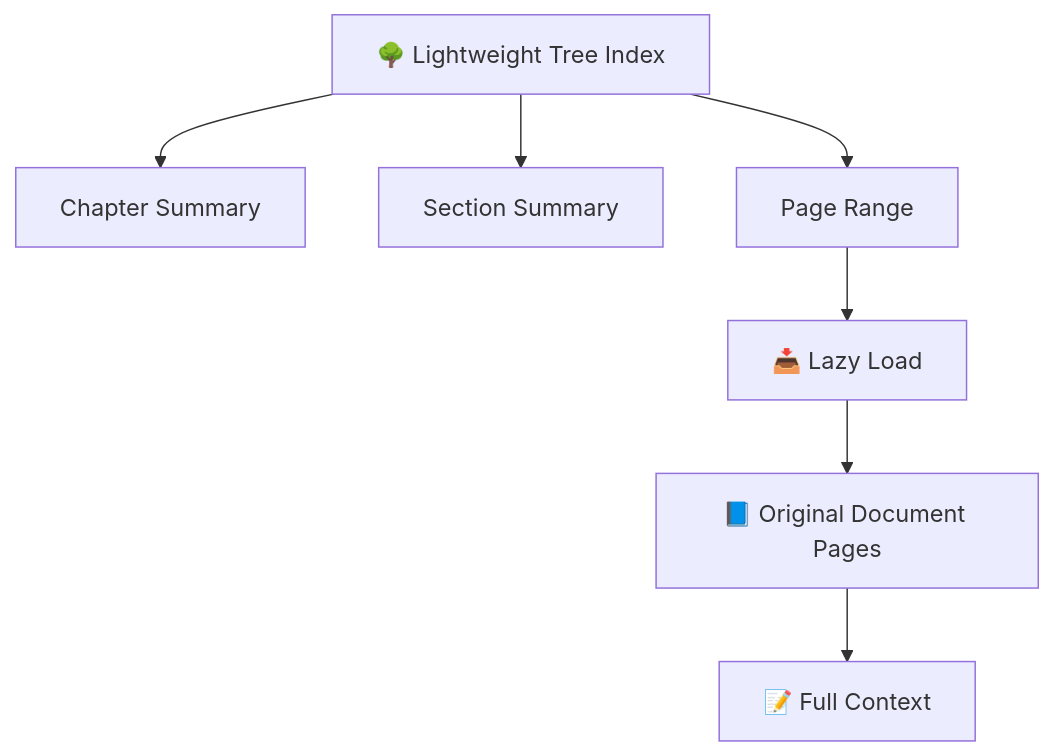
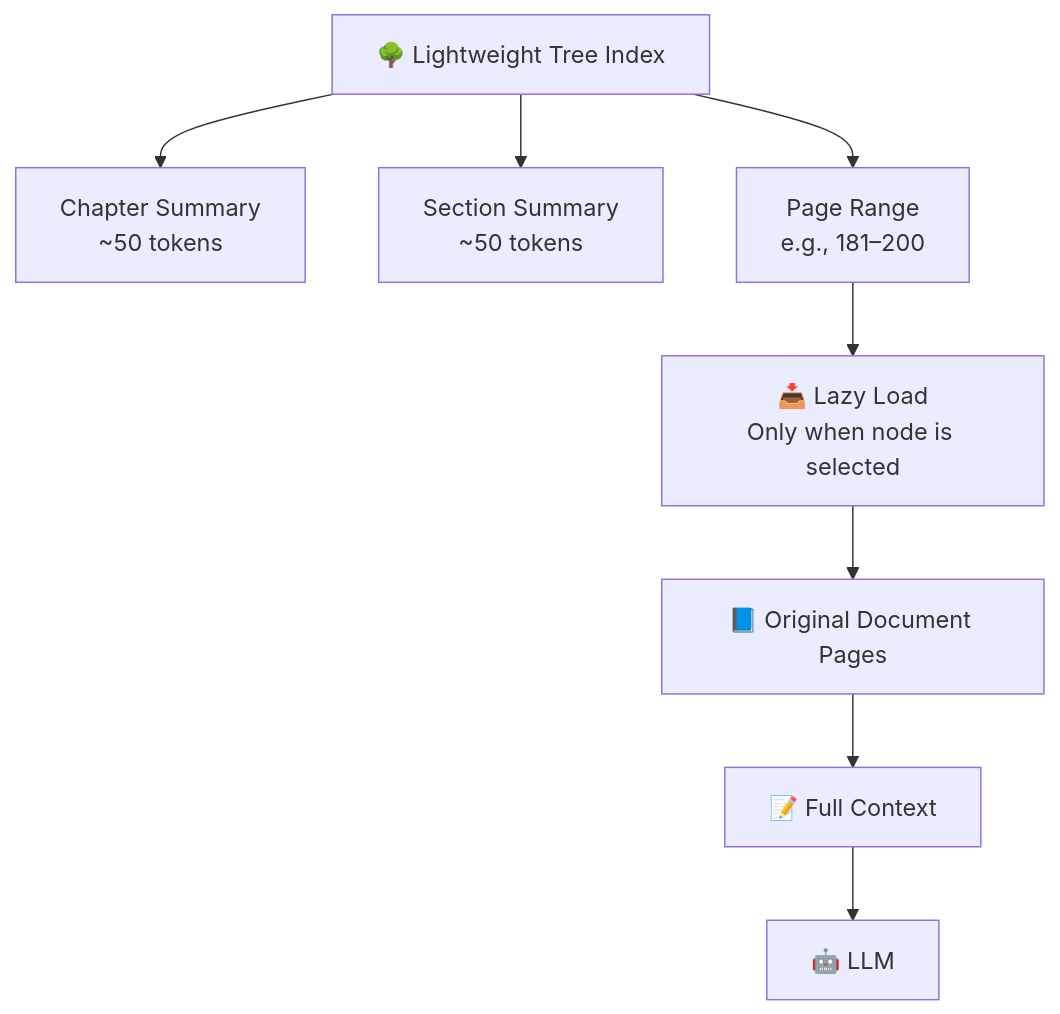
The seventh of 14 diagrams in Lecture 18 - Vectorless RAG and LLM Wiki/notes/02_vectorless_rag_tree_indexing.md (Amie-dev/FDE-and-GenAI-Mastery), drawn with Mermaid before and after one commit. The commit also changed other lines of this file and 6 other files, not shown here.

````diff
--- a/Lecture 18 - Vectorless RAG and LLM Wiki/notes/02_vectorless_rag_tree_indexing.md
+++ b/Lecture 18 - Vectorless RAG and LLM Wiki/notes/02_vectorless_rag_tree_indexing.md
@@ -396,13 +469,14 @@
 ```mermaid
 flowchart TD
 
     TREE["🌳 Lightweight Tree Index"]
 
-    TREE --> N1["Chapter Summary"]
-    TREE --> N2["Section Summary"]
-    TREE --> N3["Page Range"]
+    TREE --> N1["Chapter Summary<br/>~50 tokens"]
+    TREE --> N2["Section Summary<br/>~50 tokens"]
+    TREE --> N3["Page Range<br/>e.g., 181–200"]
 
-    N3 --> LOAD["📥 Lazy Load"]
+    N3 --> LOAD["📥 Lazy Load<br/>Only when node is selected"]
     LOAD --> PDF["📘 Original Document Pages"]
     PDF --> CTX["📝 Full Context"]
+    CTX --> LLM["🤖 LLM"]
 ```
````
